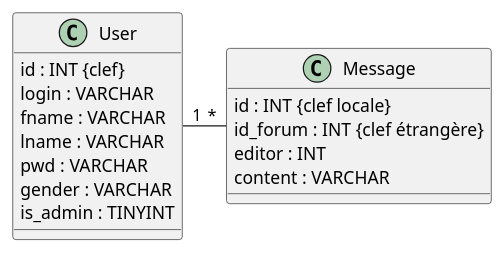
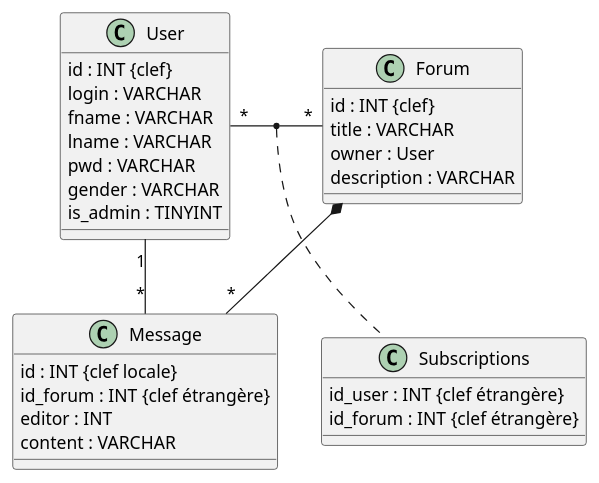
The diagram in MCD.plantuml (jiawen1996/forum-discussion), drawn with PlantUML before and after one commit.

Commit message:
update MCD

```diff
--- a/MCD.plantuml
+++ b/MCD.plantuml
@@ -1,37 +1,37 @@
 @startuml Forum
 Class User{
     {field} id : INT {clef}
     {field} login : VARCHAR
     {field} fname : VARCHAR
     {field} lname : VARCHAR
     {field} pwd : VARCHAR
     {field} gender : VARCHAR
     {field} is_admin : TINYINT
 }
 
-' Class Forum{
-'     {field} id : INT {clef}
-'     {field} title : VARCHAR
-'     {field} owner : User
-'     {field} description : VARCHAR
-' }
+Class Forum{
+    {field} id : INT {clef}
+    {field} title : VARCHAR
+    {field} owner : User
+    {field} description : VARCHAR
+}
 
-' Class Subscriptions{
-'     {field} id_user : INT {clef étrangère}
-'     {field} id_forum : INT {clef étrangère}
-' }
+Class Subscriptions{
+    {field} id_user : INT {clef étrangère}
+    {field} id_forum : INT {clef étrangère}
+}
 
 Class Message{
     {field} id : INT {clef locale}
     {field} id_forum : INT {clef étrangère}
     {field} editor : INT
     {field} content : VARCHAR
 }
 
 User "1" - "*" Message
-' User "*" - "*" Forum
-' (User, Forum) .. Subscriptions
+User "*" - "*" Forum
+(User, Forum) .. Subscriptions
 
-' Forum *-- "*" Message
+Forum *-- "*" Message
 
 @enduml
```
